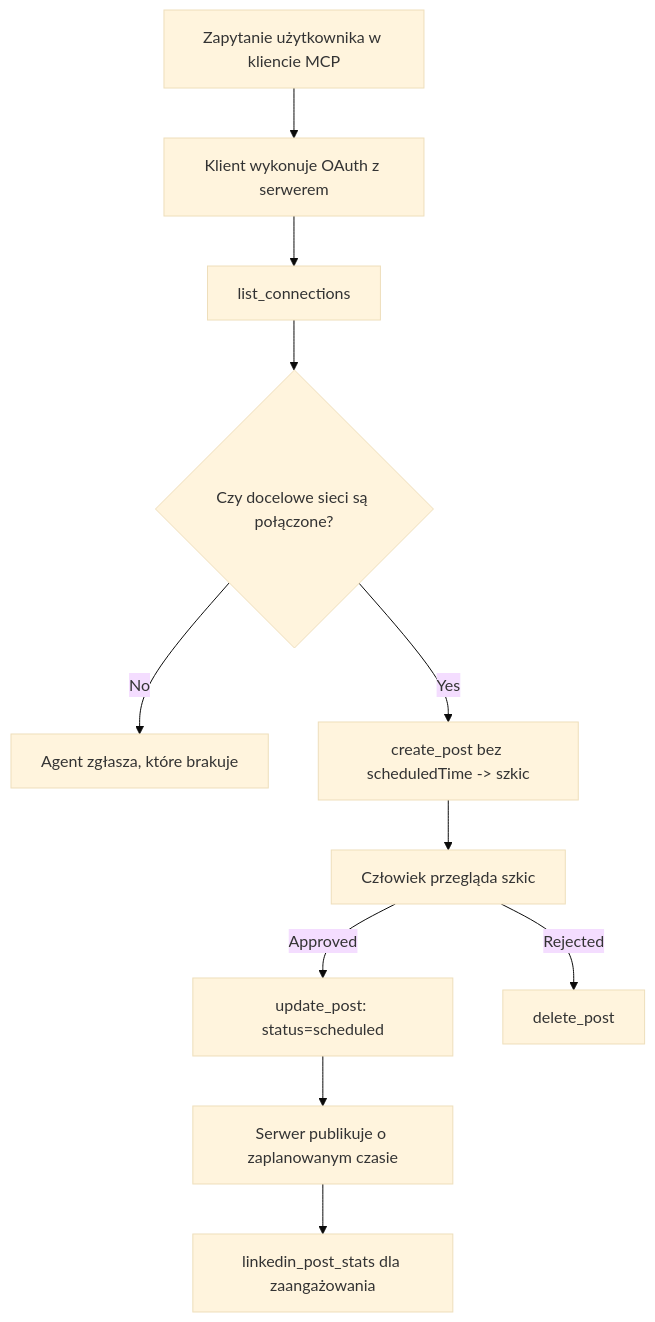
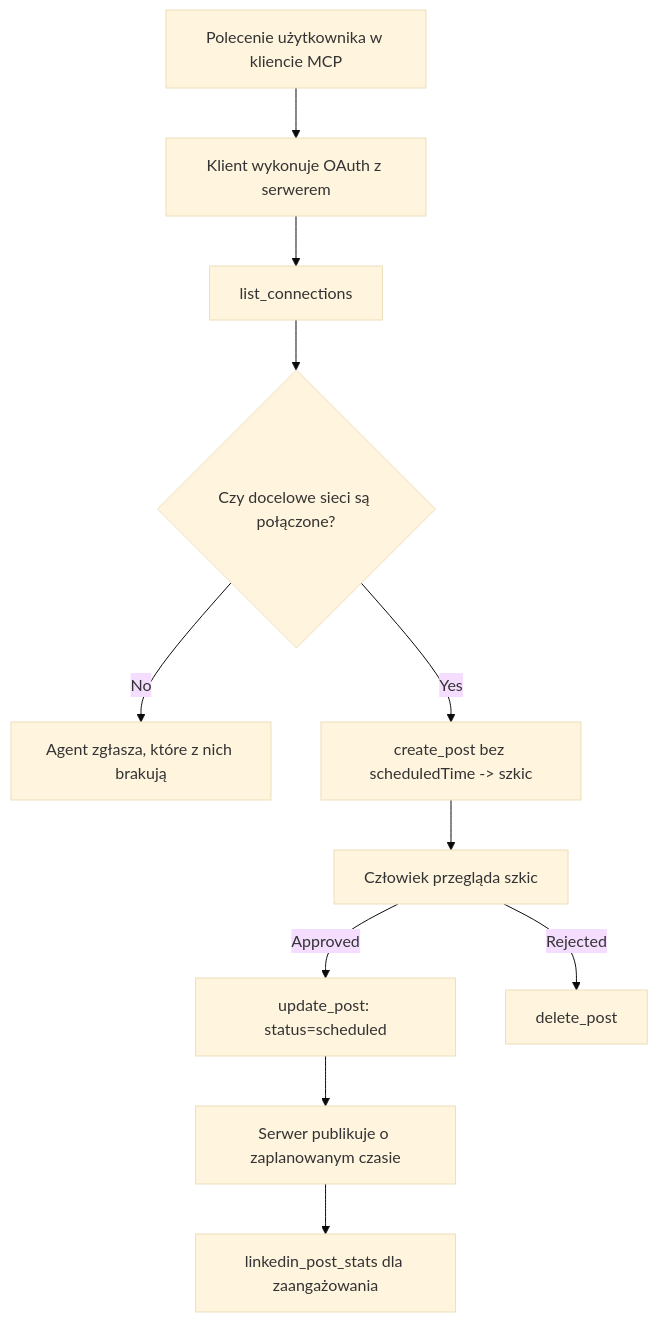
Before and after one commit to microsoft/mcp-for-beginners: the diagram in translations/pl/09-CaseStudy/publora-social-publishing.md, drawn with Mermaid (base theme). The commit also changed other lines of this file and 134 other files, not shown here.

````diff
--- a/translations/pl/09-CaseStudy/publora-social-publishing.md
+++ b/translations/pl/09-CaseStudy/publora-social-publishing.md
@@ -47,13 +47,13 @@
 ```mermaid
 flowchart TD
-    A[Zapytanie użytkownika w kliencie MCP] --> B[Klient wykonuje OAuth z serwerem]
+    A[Polecenie użytkownika w kliencie MCP] --> B[Klient wykonuje OAuth z serwerem]
     B --> C[list_connections]
     C --> D{Czy docelowe sieci są połączone?}
-    D -- No --> E[Agent zgłasza, które brakuje]
+    D -- No --> E[Agent zgłasza, które z nich brakują]
     D -- Yes --> F[create_post bez scheduledTime -> szkic]
     F --> G[Człowiek przegląda szkic]
     G -- Approved --> H[update_post: status=scheduled]
     G -- Rejected --> I[delete_post]
     H --> J[Serwer publikuje o zaplanowanym czasie]
     J --> K[linkedin_post_stats dla zaangażowania]
 ```
````
